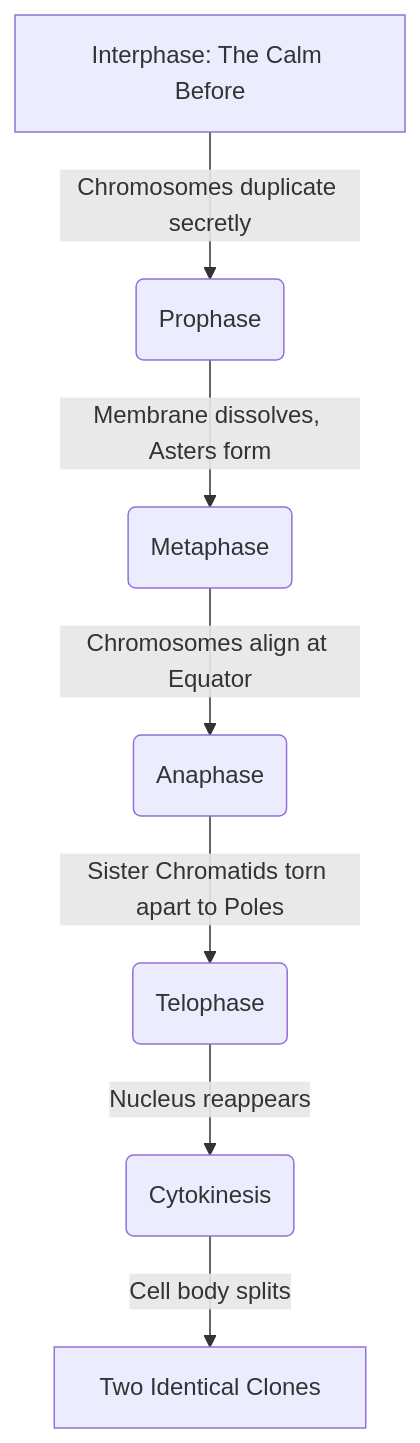
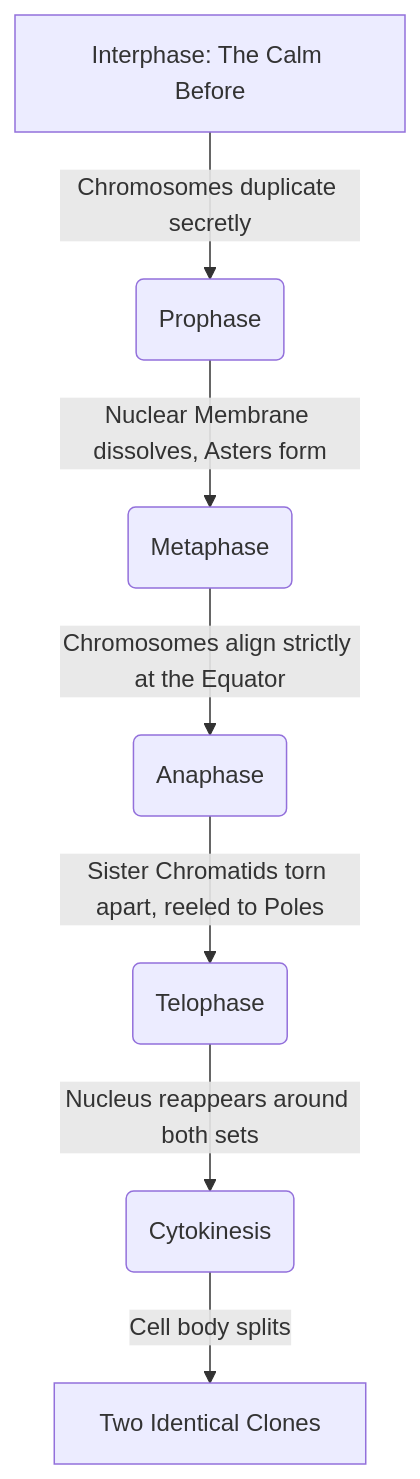
The diagram in Chapter_02_Tutorial/2.6_Types_of_Cell_Division_and_Mitosis.md (naveengarla/icse-10th-biology), drawn with Mermaid before and after one commit. The commit also changed other lines of this file and 7 other files, not shown here.

````diff
--- a/Chapter_02_Tutorial/2.6_Types_of_Cell_Division_and_Mitosis.md
+++ b/Chapter_02_Tutorial/2.6_Types_of_Cell_Division_and_Mitosis.md
@@ -15,9 +17,9 @@
 ```mermaid
 flowchart TD
     A[Interphase: The Calm Before] --> |Chromosomes duplicate secretly| B(Prophase)
-    B --> |Membrane dissolves, Asters form| C(Metaphase)
-    C --> |Chromosomes align at Equator| D(Anaphase)
-    D --> |Sister Chromatids torn apart to Poles| E(Telophase)
-    E --> |Nucleus reappears| F(Cytokinesis)
+    B --> |Nuclear Membrane dissolves, Asters form| C(Metaphase)
+    C --> |Chromosomes align strictly at the Equator| D(Anaphase)
+    D --> |Sister Chromatids torn apart, reeled to Poles| E(Telophase)
+    E --> |Nucleus reappears around both sets| F(Cytokinesis)
     F --> |Cell body splits| G[Two Identical Clones]
 ```
````
